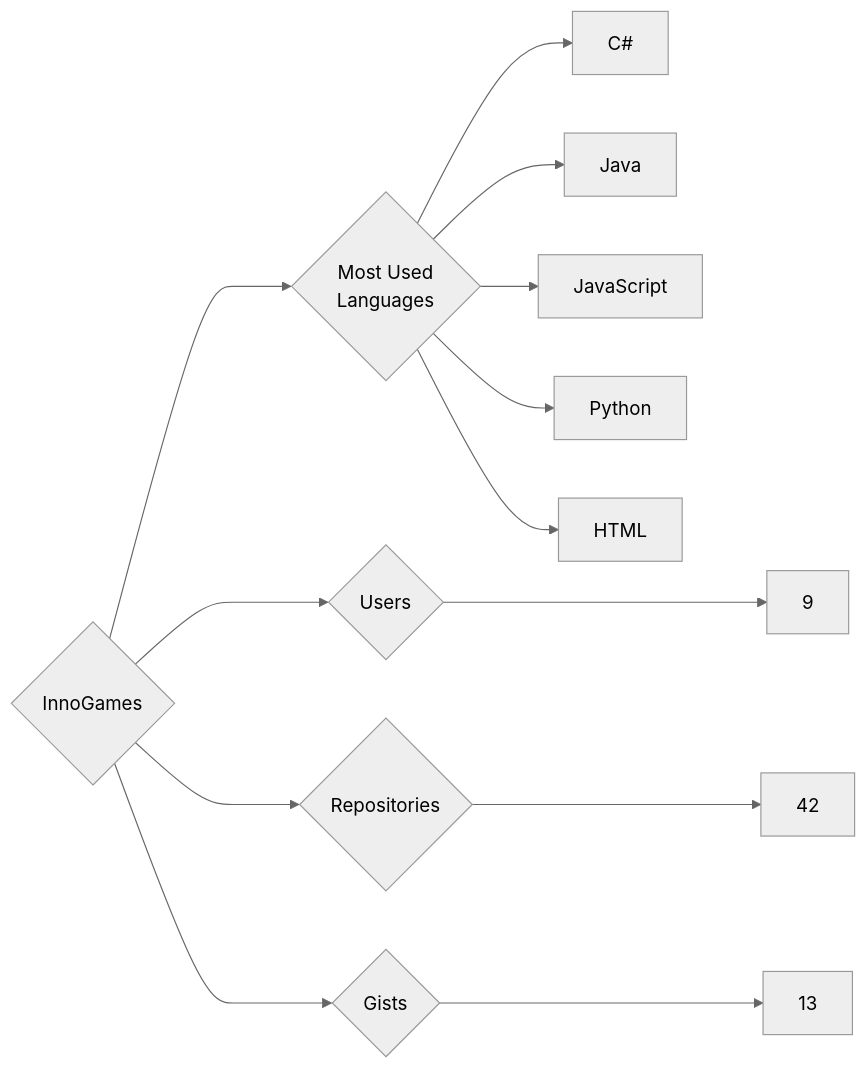
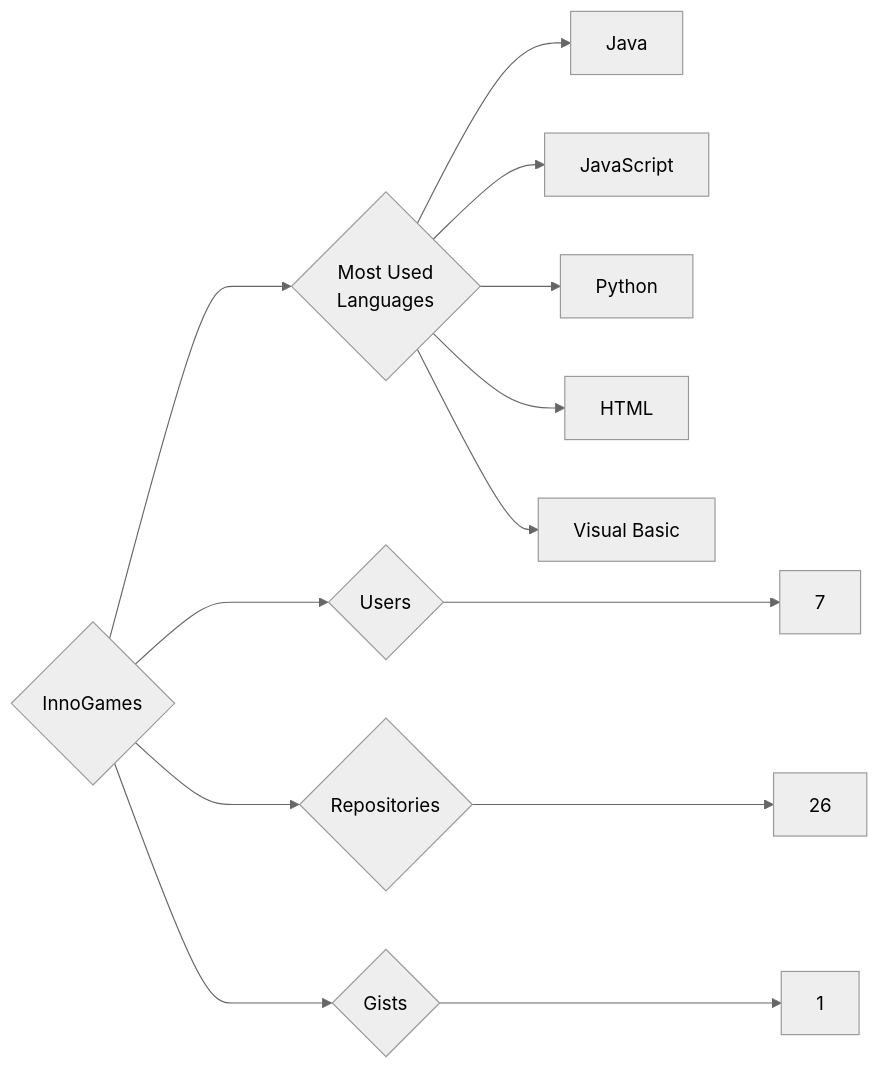
The diagram in targets/InnoGames/README.md (trickest/insiders), drawn with Mermaid (neutral theme) before and after one commit. The commit also changed 1088 other files, not shown here.

````diff
--- a/targets/InnoGames/README.md
+++ b/targets/InnoGames/README.md
@@ -3,13 +3,13 @@
 ```mermaid
 graph LR
 COMPANY_NAME{InnoGames}
-COMPANY_NAME ---> U{Users} ---> UN[9]
-COMPANY_NAME ---> R{Repositories} ---> RN[42]
-COMPANY_NAME ---> G{Gists} ---> GN[13]
+COMPANY_NAME ---> U{Users} ---> UN[7]
+COMPANY_NAME ---> R{Repositories} ---> RN[26]
+COMPANY_NAME ---> G{Gists} ---> GN[1]
 COMPANY_NAME ---> ML{Most Used<br>Languages}
-ML --> C#[C#]
 ML --> Java[Java]
 ML --> JavaScript[JavaScript]
 ML --> Python[Python]
 ML --> HTML[HTML]
+ML --> Visual_Basic[Visual Basic]
 ```
````
